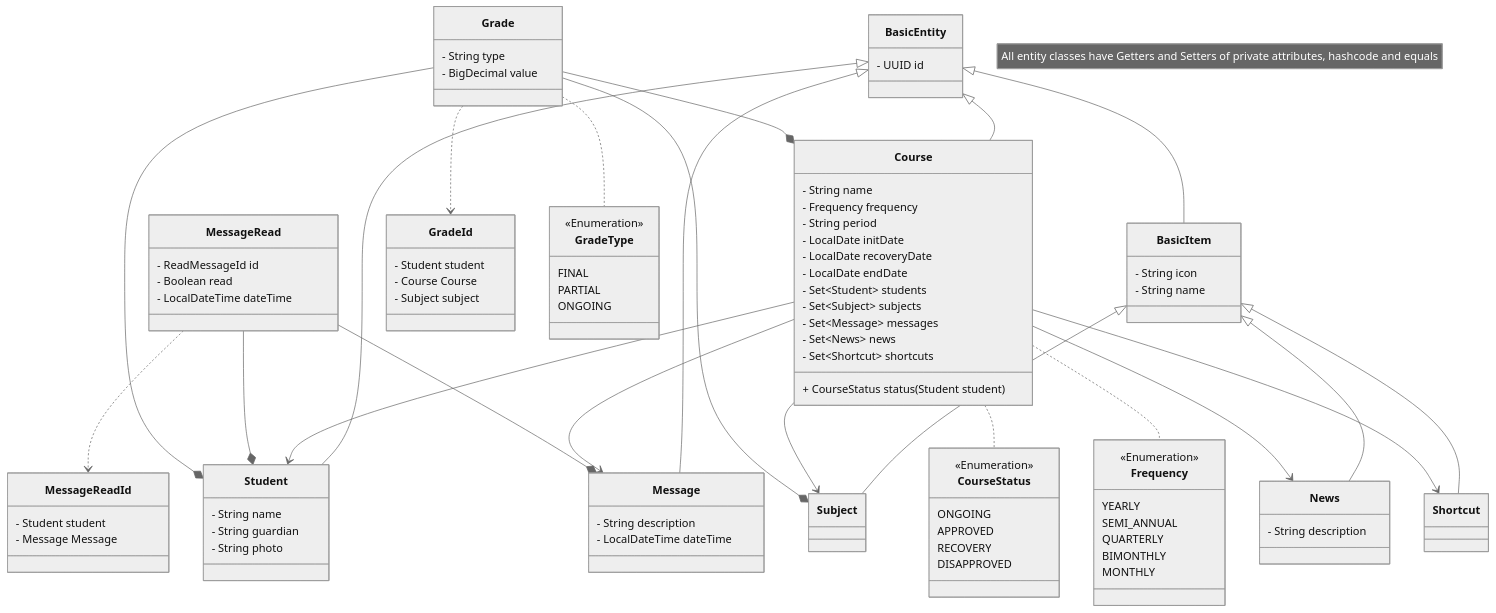
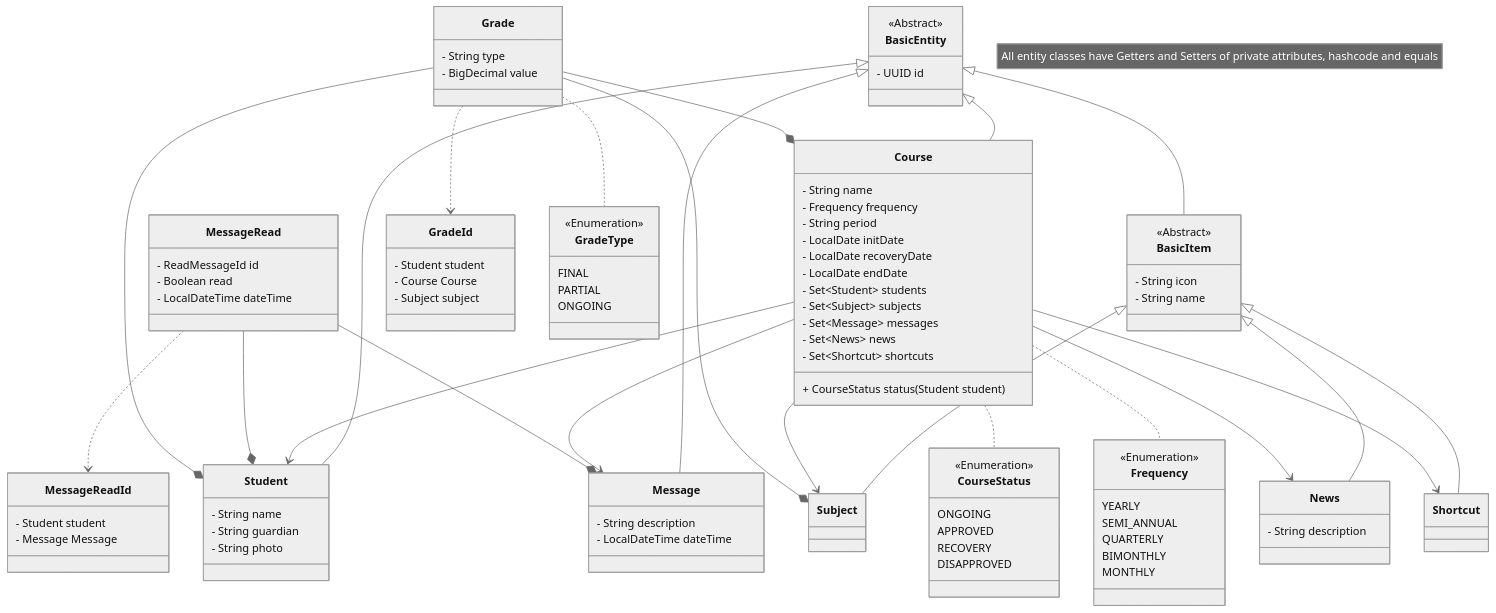
The second of 2 diagrams in README.md (didifive/ess-api), drawn with Mermaid (neutral theme) before and after one commit.

Commit message:
docs: update class diagram

```diff
--- a/README.md
+++ b/README.md
@@ -163,10 +163,12 @@
     note "All entity classes have Getters and Setters of private attributes, hashcode and equals"
     
     class BasicEntity {
+    <<Abstract>>
         - UUID id
     }
     
     class BasicItem {
+    <<Abstract>>
         - String icon
         - String name
     }
```
